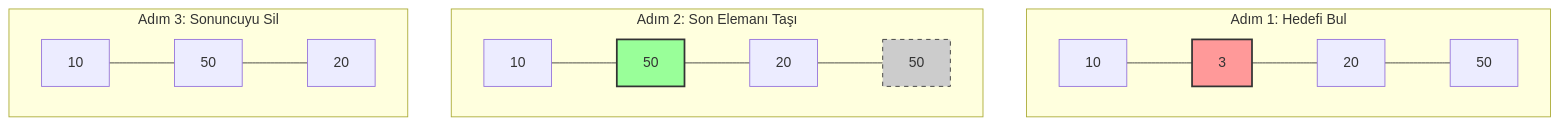
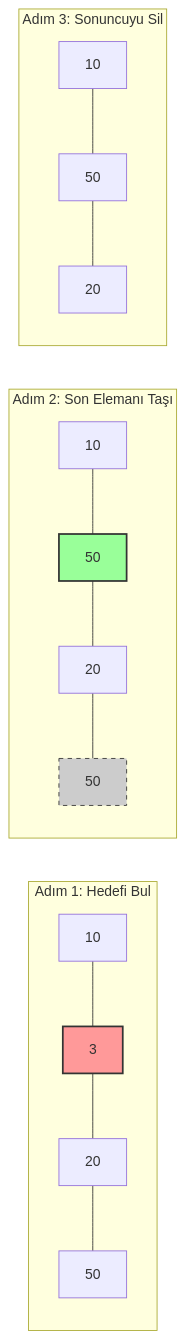
Before and after one commit to mberkkk/leetcode-selected-algorithms: the diagram in src/main/java/org/leetCodeTop150/arrayString/InsertDeleteGetRandom/SOLUTION.md, drawn with Mermaid.

Commit message:
Update Mermaid chart direction to LR

````diff
--- a/src/main/java/org/leetCodeTop150/arrayString/InsertDeleteGetRandom/SOLUTION.md
+++ b/src/main/java/org/leetCodeTop150/arrayString/InsertDeleteGetRandom/SOLUTION.md
@@ -34,17 +34,18 @@
 ```mermaid
-graph TD
+graph LR
+
 subgraph Adım 1: Hedefi Bul
 A1[10] --- A2[3] --- A3[20] --- A4[50]
 style A2 fill:#ff9999,stroke:#333,stroke-width:2px
 end
 
-    subgraph Adım 2: Son Elemanı Taşı
-    B1[10] --- B2[50] --- B3[20] --- B4[50]
-    style B2 fill:#99ff99,stroke:#333,stroke-width:2px
-    style B4 fill:#cccccc,stroke:#333,stroke-dasharray: 5 5
-    end
+subgraph Adım 2: Son Elemanı Taşı
+B1[10] --- B2[50] --- B3[20] --- B4[50]
+style B2 fill:#99ff99,stroke:#333,stroke-width:2px
+style B4 fill:#cccccc,stroke:#333,stroke-dasharray: 5 5
+end
 
-    subgraph Adım 3: Sonuncuyu Sil
-    C1[10] --- C2[50] --- C3[20]
-    end
+subgraph Adım 3: Sonuncuyu Sil
+C1[10] --- C2[50] --- C3[20]
+end
 ```
````
